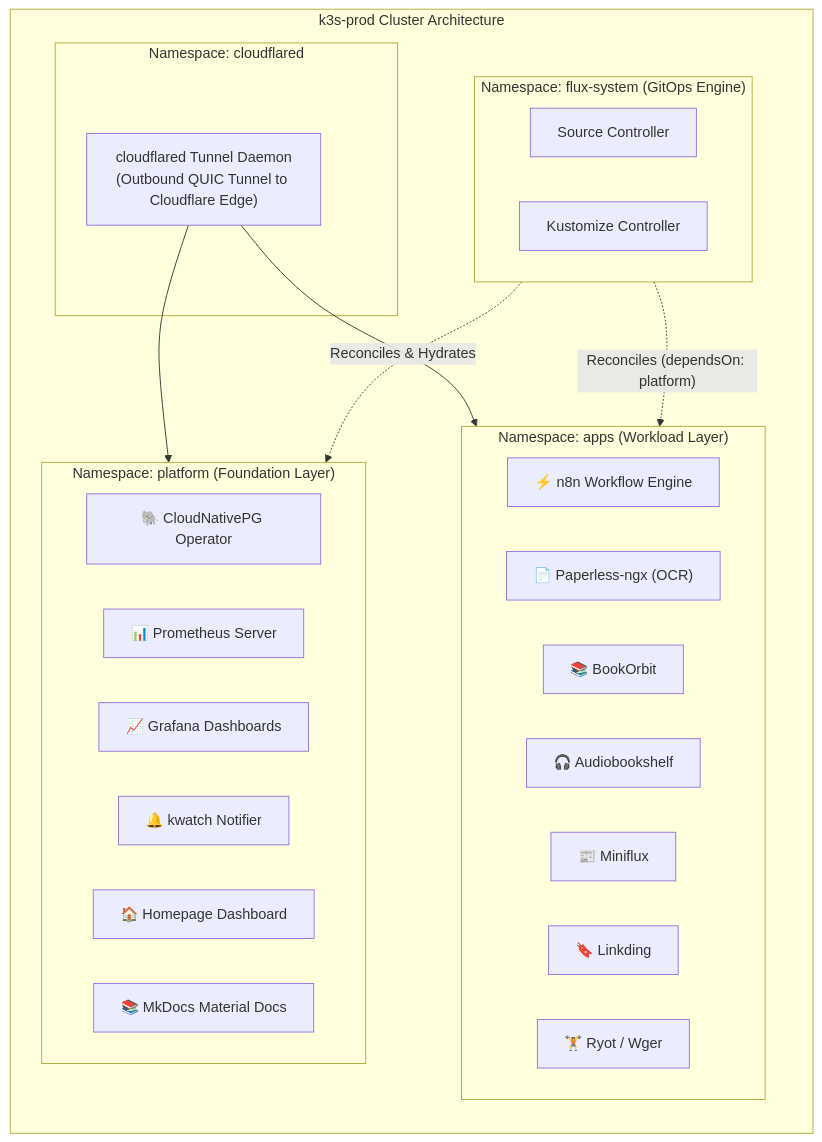
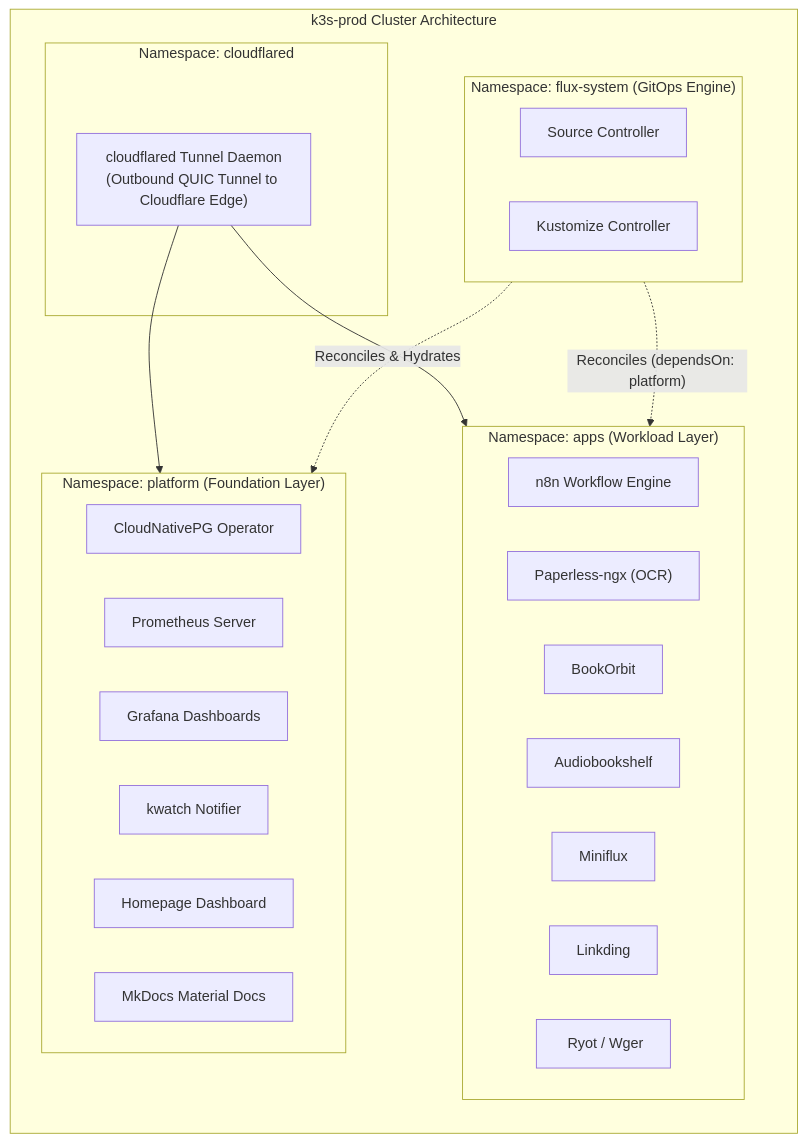
One commit to vsingh55/homelab-ops changed the diagram in docs/architecture/03-kubernetes-k3s-cluster.md. Above: the diagram before and after it, drawn with Mermaid. The commit also changed other lines of this file and 59 other files, not shown here.

````diff
--- a/docs/architecture/03-kubernetes-k3s-cluster.md
+++ b/docs/architecture/03-kubernetes-k3s-cluster.md
@@ -25,41 +25,41 @@
 ```mermaid
 flowchart TD
-    subgraph K3sCluster["k3s-prod Cluster Architecture"]
-        direction TB
+ subgraph K3sCluster["k3s-prod Cluster Architecture"]
+ direction TB
 
-        subgraph NS_Cloudflared["Namespace: cloudflared"]
-            CF_Daemon["cloudflared Tunnel Daemon\n(Outbound QUIC Tunnel to Cloudflare Edge)"]
-        end
+ subgraph NS_Cloudflared["Namespace: cloudflared"]
+ CF_Daemon["cloudflared Tunnel Daemon\n(Outbound QUIC Tunnel to Cloudflare Edge)"]
+ end
 
-        subgraph NS_Platform["Namespace: platform (Foundation Layer)"]
-            direction LR
-            CNPG_Op["🐘 CloudNativePG Operator"]
-            Prometheus["📊 Prometheus Server"]
-            Grafana["📈 Grafana Dashboards"]
-            KWatch["🔔 kwatch Notifier"]
-            Homepage["🏠 Homepage Dashboard"]
-            Docs["📚 MkDocs Material Docs"]
-        end
+ subgraph NS_Platform["Namespace: platform (Foundation Layer)"]
+ direction LR
+ CNPG_Op[" CloudNativePG Operator"]
+ Prometheus[" Prometheus Server"]
+ Grafana[" Grafana Dashboards"]
+ KWatch[" kwatch Notifier"]
+ Homepage[" Homepage Dashboard"]
+ Docs[" MkDocs Material Docs"]
+ end
 
-        subgraph NS_Apps["Namespace: apps (Workload Layer)"]
-            direction LR
-            n8n["⚡ n8n Workflow Engine"]
-            Paperless["📄 Paperless-ngx (OCR)"]
-            BookOrbit["📚 BookOrbit"]
-            Audio["🎧 Audiobookshelf"]
-            RSS["📰 Miniflux"]
-            Links["🔖 Linkding"]
-            Health["🏋️ Ryot / Wger"]
-        end
+ subgraph NS_Apps["Namespace: apps (Workload Layer)"]
+ direction LR
+ n8n[" n8n Workflow Engine"]
+ Paperless[" Paperless-ngx (OCR)"]
+ BookOrbit[" BookOrbit"]
+ Audio[" Audiobookshelf"]
+ RSS[" Miniflux"]
+ Links[" Linkding"]
+ Health["️ Ryot / Wger"]
+ end
 
-        subgraph NS_Flux["Namespace: flux-system (GitOps Engine)"]
-            Flux_Source["Source Controller"]
-            Flux_Kust["Kustomize Controller"]
-        end
-    end
+ subgraph NS_Flux["Namespace: flux-system (GitOps Engine)"]
+ Flux_Source["Source Controller"]
+ Flux_Kust["Kustomize Controller"]
+ end
+ end
 
-    CF_Daemon --> NS_Platform
-    CF_Daemon --> NS_Apps
-    NS_Flux -. "Reconciles & Hydrates" .-> NS_Platform
-    NS_Flux -. "Reconciles (dependsOn: platform)" .-> NS_Apps
+ CF_Daemon --> NS_Platform
+ CF_Daemon --> NS_Apps
+ NS_Flux -. "Reconciles & Hydrates" .-> NS_Platform
+ NS_Flux -. "Reconciles (dependsOn: platform)" .-> NS_Apps
 ```
````
